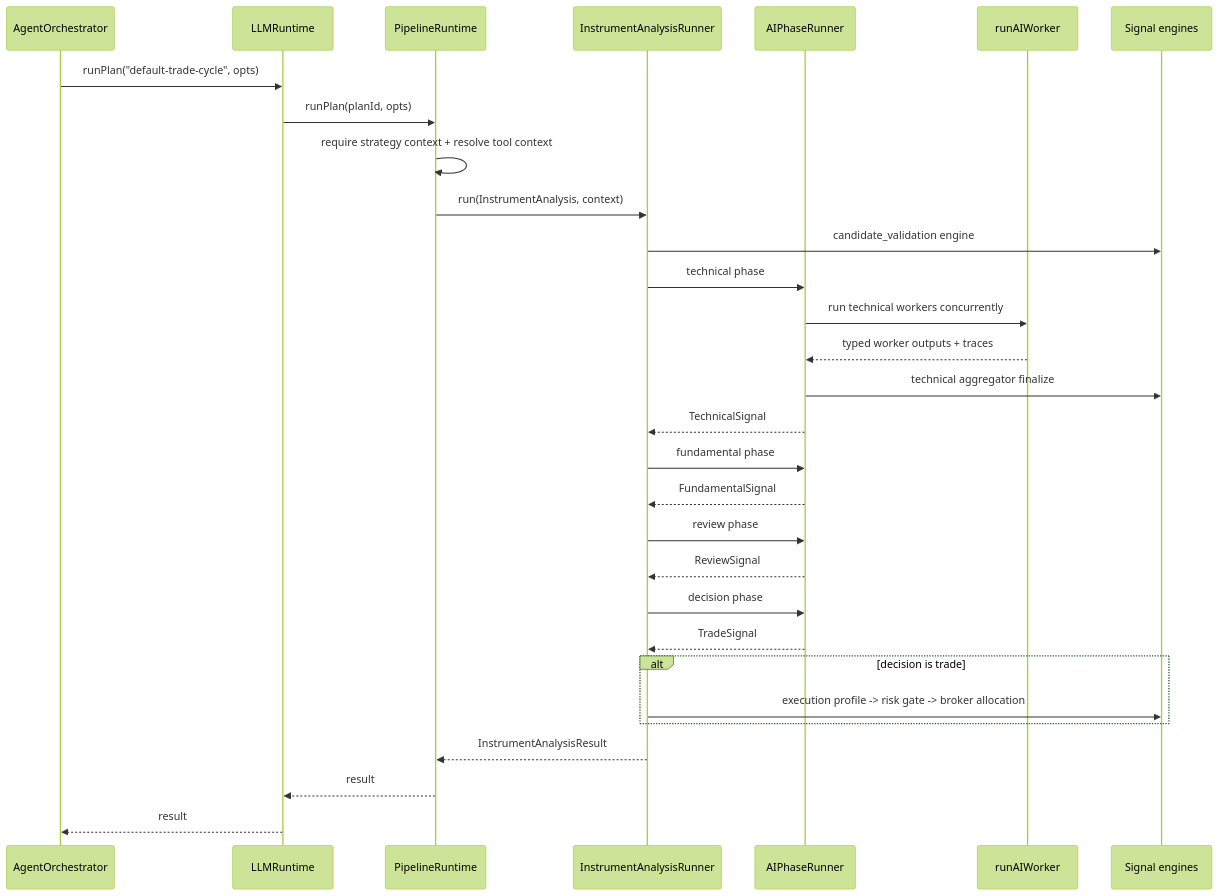
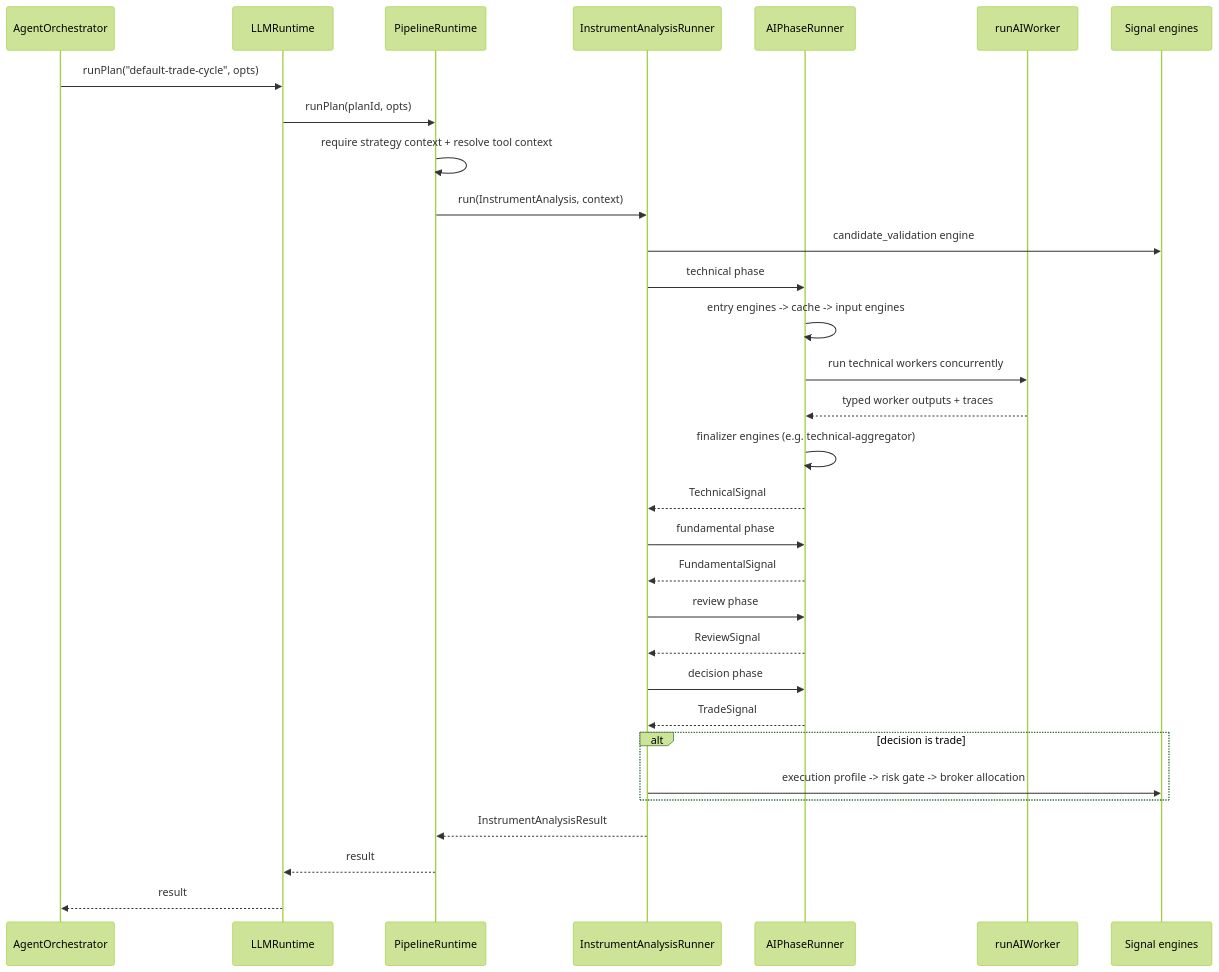
One commit to KennethAtchon/Exva changed the fourth of 9 diagrams in docs/architecture/pipeline-runtime.md. Above: the diagram before and after it, drawn with Mermaid (forest theme). The commit also changed other lines of this file and 19 other files, not shown here.

First line of the commit message:
Implement definition-first pipeline architecture and enhance phase organization

````diff
--- a/docs/architecture/pipeline-runtime.md
+++ b/docs/architecture/pipeline-runtime.md
@@ -197,33 +246,34 @@
 ```mermaid
 sequenceDiagram
     participant Orch as AgentOrchestrator
     participant LLM as LLMRuntime
     participant PR as PipelineRuntime
     participant Runner as InstrumentAnalysisRunner
     participant Phase as AIPhaseRunner
     participant Worker as runAIWorker
     participant Signal as Signal engines
 
     Orch->>LLM: runPlan("default-trade-cycle", opts)
     LLM->>PR: runPlan(planId, opts)
     PR->>PR: require strategy context + resolve tool context
     PR->>Runner: run(InstrumentAnalysis, context)
     Runner->>Signal: candidate_validation engine
     Runner->>Phase: technical phase
+    Phase->>Phase: entry engines -> cache -> input engines
     Phase->>Worker: run technical workers concurrently
     Worker-->>Phase: typed worker outputs + traces
-    Phase->>Signal: technical aggregator finalize
+    Phase->>Phase: finalizer engines (e.g. technical-aggregator)
     Phase-->>Runner: TechnicalSignal
     Runner->>Phase: fundamental phase
     Phase-->>Runner: FundamentalSignal
     Runner->>Phase: review phase
     Phase-->>Runner: ReviewSignal
     Runner->>Phase: decision phase
     Phase-->>Runner: TradeSignal
     alt decision is trade
         Runner->>Signal: execution profile -> risk gate -> broker allocation
     end
     Runner-->>PR: InstrumentAnalysisResult
     PR-->>LLM: result
     LLM-->>Orch: result
 ```
````
